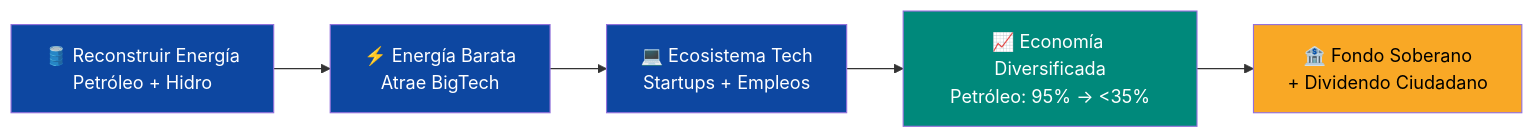
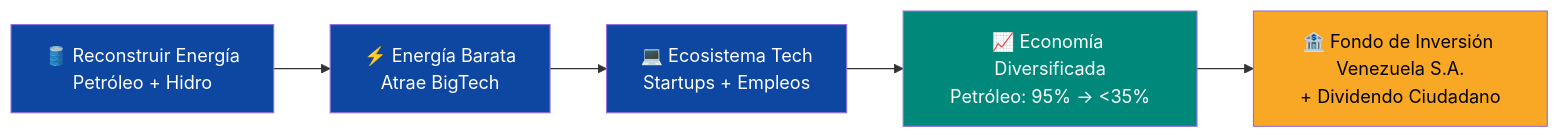
Before and after one commit to Venezuela-S-A/venezuela-sa: the first of 3 diagrams in docs/08-pitch/resumen-ejecutivo.md, drawn with Mermaid. The commit also changed other lines of this file and 33 other files, not shown here.

First line of the commit message:
refactor: rename 'fondo soberano' to 'Fondo de Inversión Venezuela S.A.'

````diff
--- a/docs/08-pitch/resumen-ejecutivo.md
+++ b/docs/08-pitch/resumen-ejecutivo.md
@@ -30,13 +30,13 @@
 ```mermaid
 flowchart LR
     A["🛢️ Reconstruir Energía<br/>Petróleo + Hidro"] --> B["⚡ Energía Barata<br/>Atrae BigTech"]
     B --> C["💻 Ecosistema Tech<br/>Startups + Empleos"]
     C --> D["📈 Economía Diversificada<br/>Petróleo: 95% → <35%"]
-    D --> E["🏦 Fondo Soberano<br/>+ Dividendo Ciudadano"]
+    D --> E["🏦 Fondo de Inversión Venezuela S.A.<br/>+ Dividendo Ciudadano"]
 
     style A fill:#0D47A1,color:#fff
     style B fill:#0D47A1,color:#fff
     style C fill:#0D47A1,color:#fff
     style D fill:#00897B,color:#fff
     style E fill:#F9A825,color:#000
 ```
````
